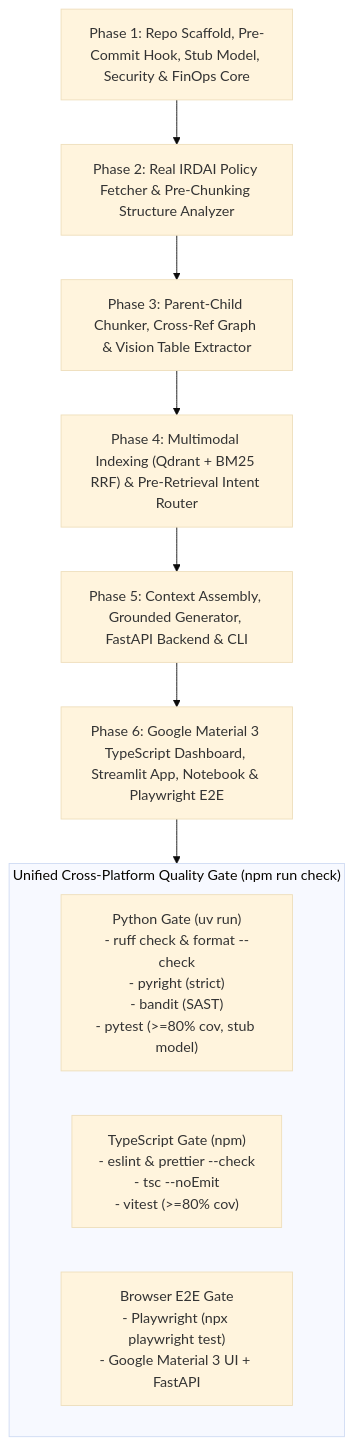
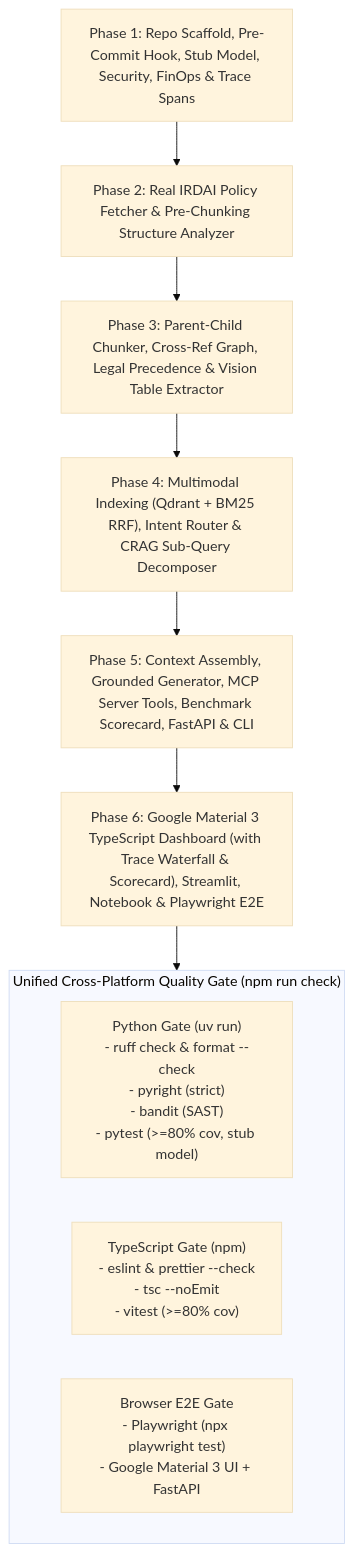
The diagram in docs/PLAN.md (vinailead/multimodalrag), drawn with Mermaid (base theme) before and after one commit. The commit also changed other lines of this file and 40 other files, not shown here.

Commit message:
feat(phase1): implement repo scaffold, pre-commit hook, stub model, security, FinOps, and trace recorder

````diff
--- a/docs/PLAN.md
+++ b/docs/PLAN.md
@@ -10,15 +15,15 @@
 ```mermaid
 flowchart TD
     subgraph Tooling["Unified Cross-Platform Quality Gate (npm run check)"]
         PY["Python Gate (uv run)\n- ruff check & format --check\n- pyright (strict)\n- bandit (SAST)\n- pytest (>=80% cov, stub model)"]
         TS["TypeScript Gate (npm)\n- eslint & prettier --check\n- tsc --noEmit\n- vitest (>=80% cov)"]
         E2E["Browser E2E Gate\n- Playwright (npx playwright test)\n- Google Material 3 UI + FastAPI"]
     end
 
-    P1["Phase 1: Repo Scaffold, Pre-Commit Hook, Stub Model, Security & FinOps Core"] --> P2["Phase 2: Real IRDAI Policy Fetcher & Pre-Chunking Structure Analyzer"]
-    P2 --> P3["Phase 3: Parent-Child Chunker, Cross-Ref Graph & Vision Table Extractor"]
-    P3 --> P4["Phase 4: Multimodal Indexing (Qdrant + BM25 RRF) & Pre-Retrieval Intent Router"]
-    P4 --> P5["Phase 5: Context Assembly, Grounded Generator, FastAPI Backend & CLI"]
-    P5 --> P6["Phase 6: Google Material 3 TypeScript Dashboard, Streamlit App, Notebook & Playwright E2E"]
+    P1["Phase 1: Repo Scaffold, Pre-Commit Hook, Stub Model, Security, FinOps & Trace Spans"] --> P2["Phase 2: Real IRDAI Policy Fetcher & Pre-Chunking Structure Analyzer"]
+    P2 --> P3["Phase 3: Parent-Child Chunker, Cross-Ref Graph, Legal Precedence & Vision Table Extractor"]
+    P3 --> P4["Phase 4: Multimodal Indexing (Qdrant + BM25 RRF), Intent Router & CRAG Sub-Query Decomposer"]
+    P4 --> P5["Phase 5: Context Assembly, Grounded Generator, MCP Server Tools, Benchmark Scorecard, FastAPI & CLI"]
+    P5 --> P6["Phase 6: Google Material 3 TypeScript Dashboard (with Trace Waterfall & Scorecard), Streamlit, Notebook & Playwright E2E"]
     P6 --> Tooling
 ```
````
